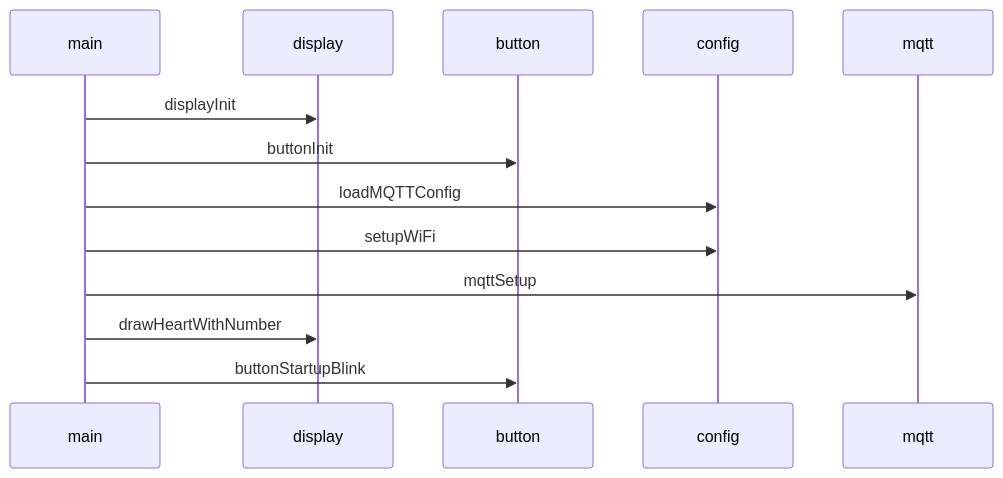
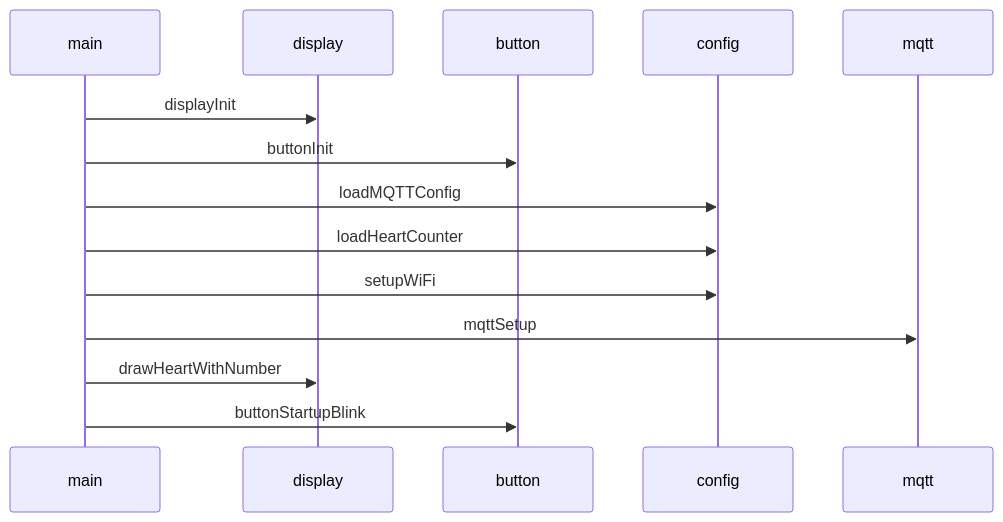
The third of 4 diagrams in docs/ARCHITECTURE.md (EyJunge1/chaya2mqtt), drawn with Mermaid before and after one commit. The commit also changed other lines of this file and 8 other files, not shown here.

````diff
--- a/docs/ARCHITECTURE.md
+++ b/docs/ARCHITECTURE.md
@@ -70,16 +70,17 @@
 ```mermaid
 sequenceDiagram
     participant M as main
     participant D as display
     participant B as button
     participant C as config
     participant Q as mqtt
 
     M->>D: displayInit
     M->>B: buttonInit
     M->>C: loadMQTTConfig
+    M->>C: loadHeartCounter
     M->>C: setupWiFi
     M->>Q: mqttSetup
     M->>D: drawHeartWithNumber
     M->>B: buttonStartupBlink
 ```
````
